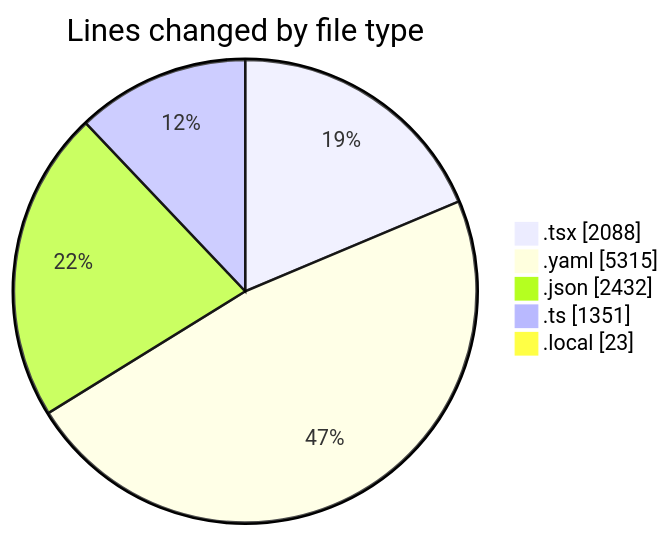
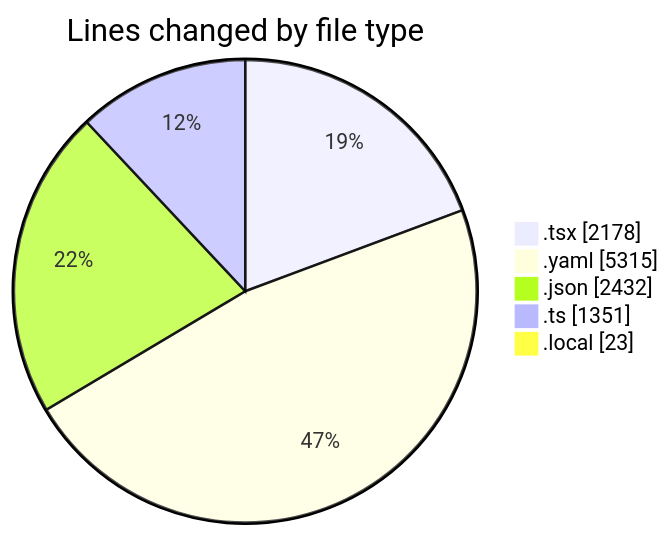
Before and after one commit to julien-gomy/code-tracking: the first of 2 diagrams in 2025-11-07/eventscop-frontend-guide__workspace_/README.md, drawn with Mermaid. The commit also changed other lines of this file and 1 other file, not shown here.

````diff
--- a/2025-11-07/eventscop-frontend-guide__workspace_/README.md
+++ b/2025-11-07/eventscop-frontend-guide__workspace_/README.md
@@ -50,9 +51,9 @@
 ```mermaid
 pie showData
 title Lines changed by file type
-".tsx" : 2088
+".tsx" : 2178
 ".yaml" : 5315
 ".json" : 2432
 ".ts" : 1351
 ".local" : 23
 ```
````
